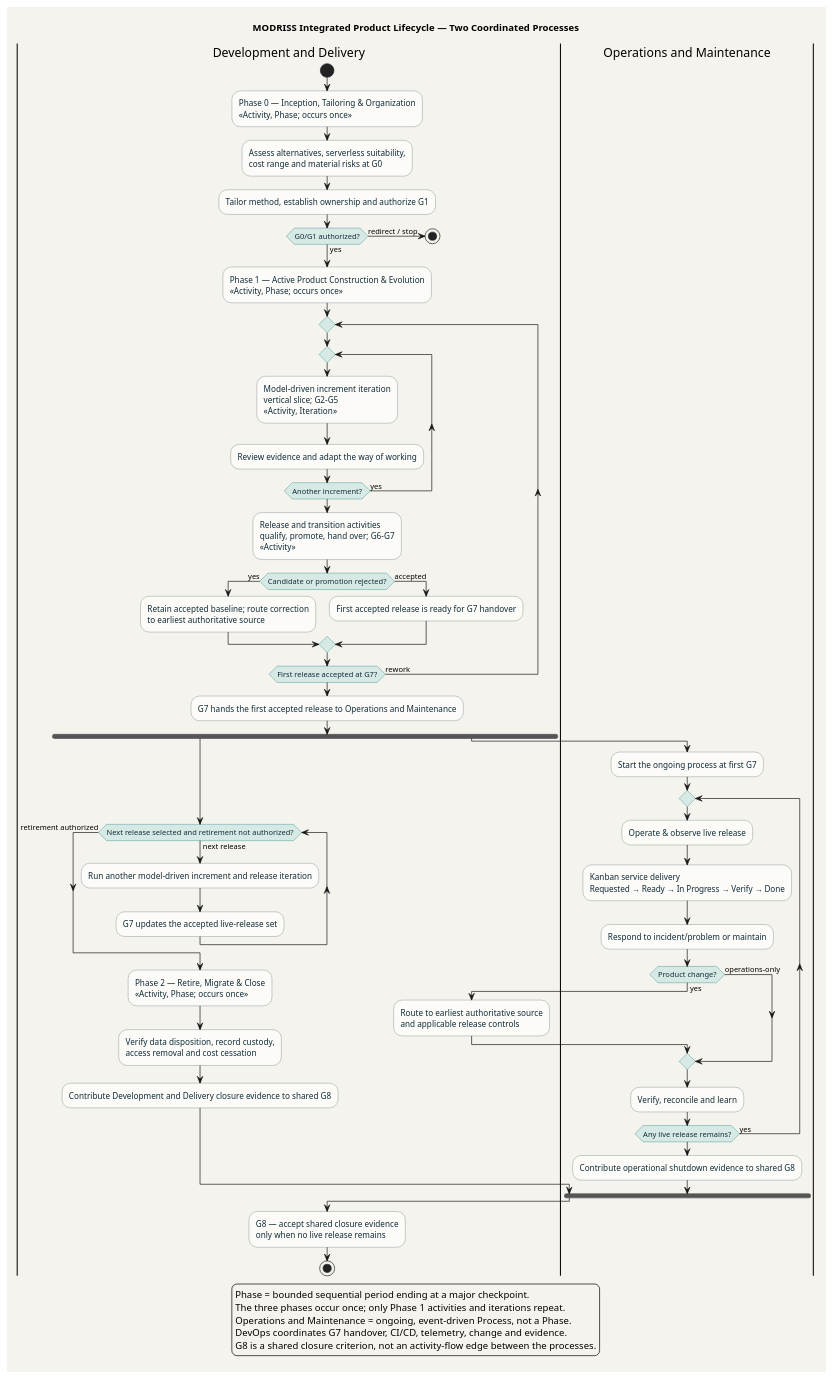
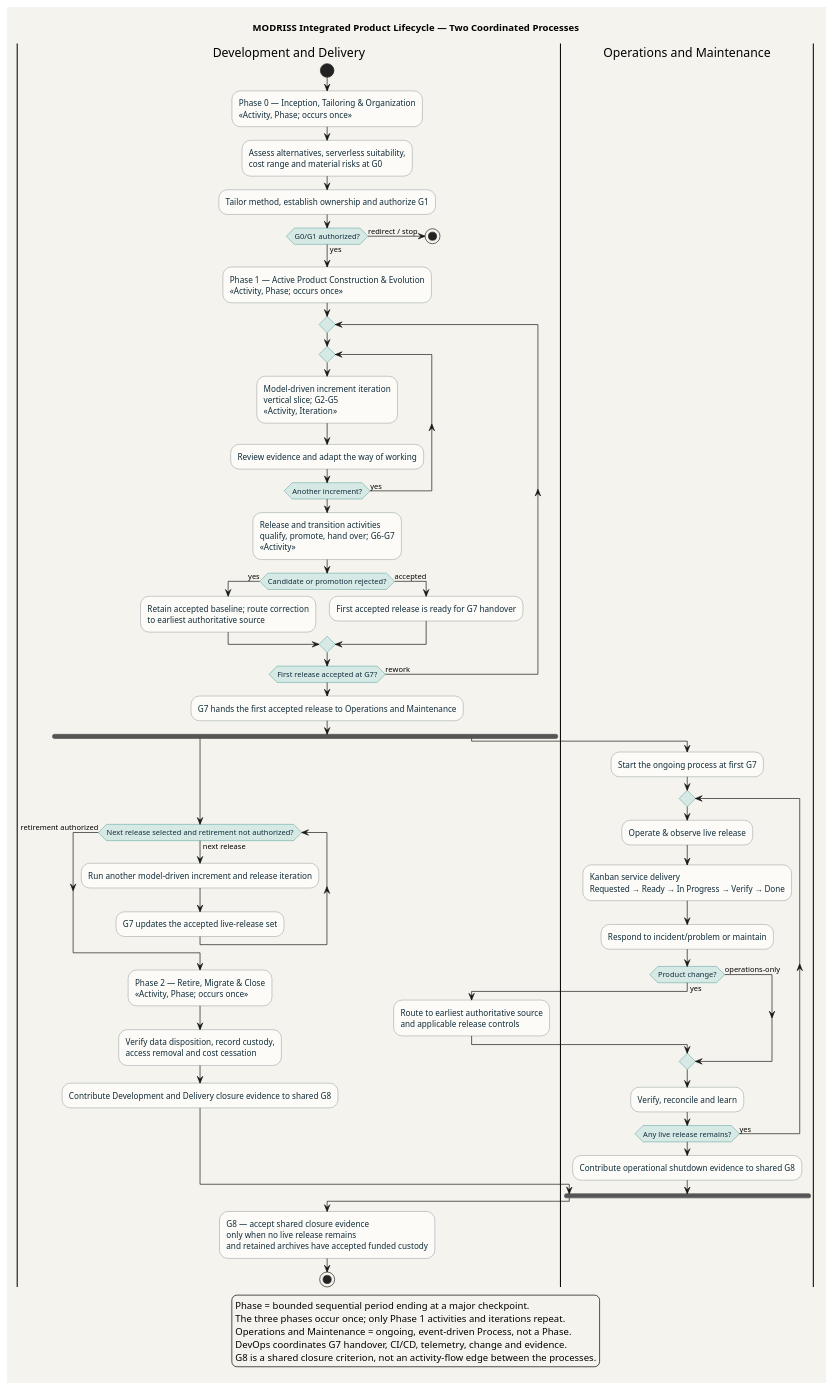
Before and after one commit to mehdieidi/modriss: the diagram in mde/process/method/spem/views/lifecycle.puml, drawn with PlantUML. The commit also changed 62 other files, not shown here.

First line of the commit message:
feat(process): enhance lifecycle and release cycle documentation, update evidence templates, and introduce verification tools

```diff
--- a/mde/process/method/spem/views/lifecycle.puml
+++ b/mde/process/method/spem/views/lifecycle.puml
@@ -1,75 +1,75 @@
 @startuml
 title MODRISS Integrated Product Lifecycle — Two Coordinated Processes
 skinparam backgroundColor #F5F3ED
 skinparam shadowing false
 skinparam activity {
   BackgroundColor #FCFBF7
   BorderColor #617178
   FontColor #102C3A
   DiamondBackgroundColor #D7E9E5
   DiamondBorderColor #087B78
 }
 
 |Development and Delivery|
 start
 :Phase 0 — Inception, Tailoring & Organization\n«Activity, Phase; occurs once»;
 :Assess alternatives, serverless suitability,\ncost range and material risks at G0;
 :Tailor method, establish ownership and authorize G1;
 if (G0/G1 authorized?) then (yes)
 else (redirect / stop)
   stop
 endif
 
 :Phase 1 — Active Product Construction & Evolution\n«Activity, Phase; occurs once»;
 repeat
   repeat
     :Model-driven increment iteration\nvertical slice; G2–G5\n«Activity, Iteration»;
     :Review evidence and adapt the way of working;
   repeat while (Another increment?) is (yes)
   :Release and transition activities\nqualify, promote, hand over; G6–G7\n«Activity»;
   if (Candidate or promotion rejected?) then (yes)
     :Retain accepted baseline; route correction\nto earliest authoritative source;
   else (accepted)
     :First accepted release is ready for G7 handover;
   endif
 repeat while (First release accepted at G7?) is (rework)
 :G7 hands the first accepted release to Operations and Maintenance;
 
 fork
   while (Next release selected and retirement not authorized?) is (next release)
     :Run another model-driven increment and release iteration;
     :G7 updates the accepted live-release set;
   endwhile (retirement authorized)
   :Phase 2 — Retire, Migrate & Close\n«Activity, Phase; occurs once»;
   :Verify data disposition, record custody,\naccess removal and cost cessation;
   :Contribute Development and Delivery closure evidence to shared G8;
 fork again
   |Operations and Maintenance|
   :Start the ongoing process at first G7;
   repeat
     :Operate & observe live release;
     :Kanban service delivery\nRequested → Ready → In Progress → Verify → Done;
     :Respond to incident/problem or maintain;
     if (Product change?) then (yes)
       |Development and Delivery|
       :Route to earliest authoritative source\nand applicable release controls;
       |Operations and Maintenance|
     else (operations-only)
     endif
     :Verify, reconcile and learn;
   repeat while (Any live release remains?) is (yes)
   :Contribute operational shutdown evidence to shared G8;
 end fork
 
 |Development and Delivery|
-:G8 — accept shared closure evidence\nonly when no live release remains;
+:G8 — accept shared closure evidence\nonly when no live release remains\nand retained archives have accepted funded custody;
 stop
 
 legend bottom
   Phase = bounded sequential period ending at a major checkpoint.
   The three phases occur once; only Phase 1 activities and iterations repeat.
   Operations and Maintenance = ongoing, event-driven Process, not a Phase.
   DevOps coordinates G7 handover, CI/CD, telemetry, change and evidence.
   G8 is a shared closure criterion, not an activity-flow edge between the processes.
 endlegend
 @enduml
```
